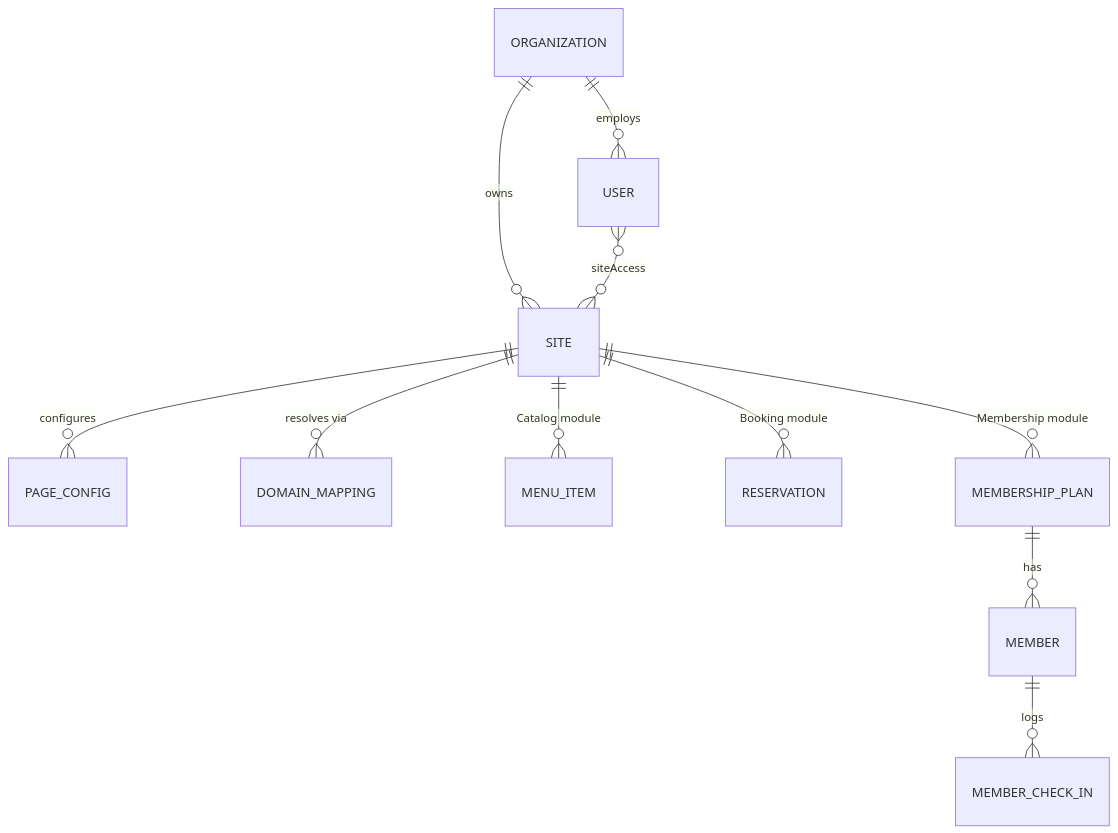
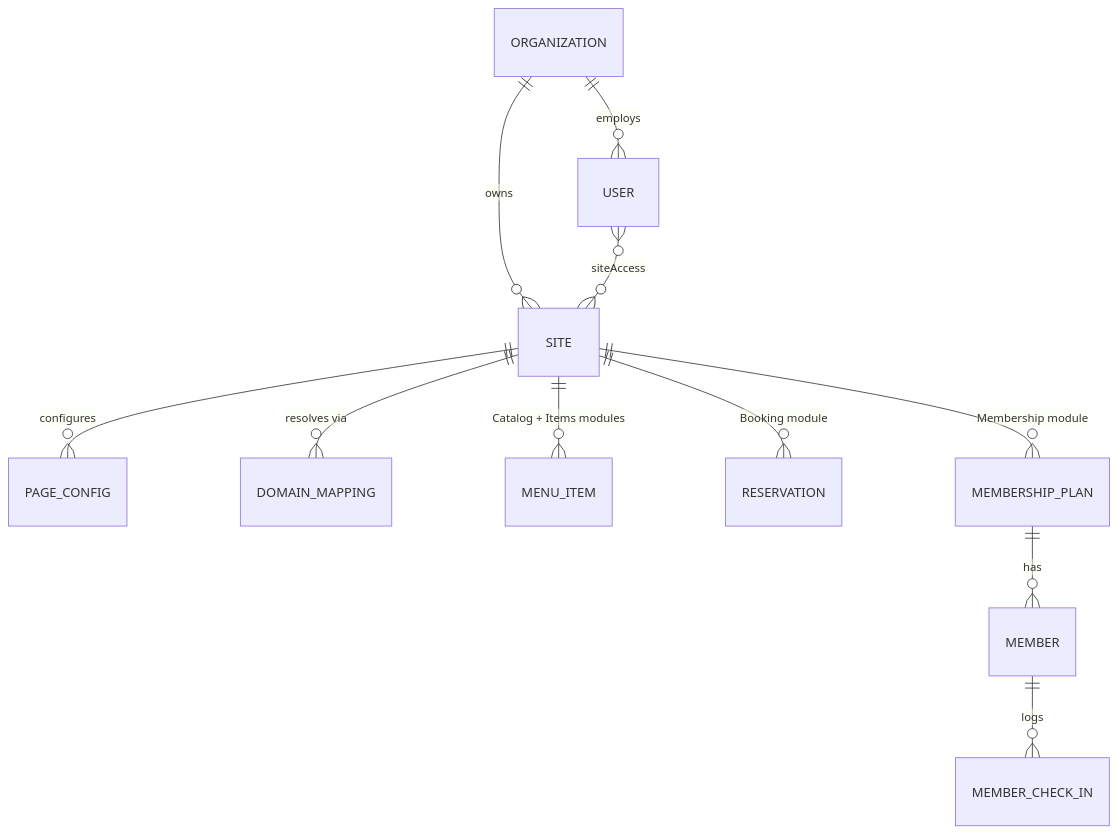
Before and after one commit to Ashish-khanagwal/Astryd-Lumiere-Reservations: the diagram in Multi-Vertical Platform Plan.md, drawn with Mermaid. The commit also changed other lines of this file and 23 other files, not shown here.

````diff
--- a/Multi-Vertical Platform Plan.md
+++ b/Multi-Vertical Platform Plan.md
@@ -146,13 +148,13 @@
 ```mermaid
 erDiagram
   ORGANIZATION ||--o{ SITE : owns
   ORGANIZATION ||--o{ USER : employs
   USER }o--o{ SITE : "siteAccess"
   SITE ||--o{ PAGE_CONFIG : configures
   SITE ||--o{ DOMAIN_MAPPING : "resolves via"
-  SITE ||--o{ MENU_ITEM : "Catalog module"
+  SITE ||--o{ MENU_ITEM : "Catalog + Items modules"
   SITE ||--o{ RESERVATION : "Booking module"
   SITE ||--o{ MEMBERSHIP_PLAN : "Membership module"
   MEMBERSHIP_PLAN ||--o{ MEMBER : has
   MEMBER ||--o{ MEMBER_CHECK_IN : logs
 ```
````
